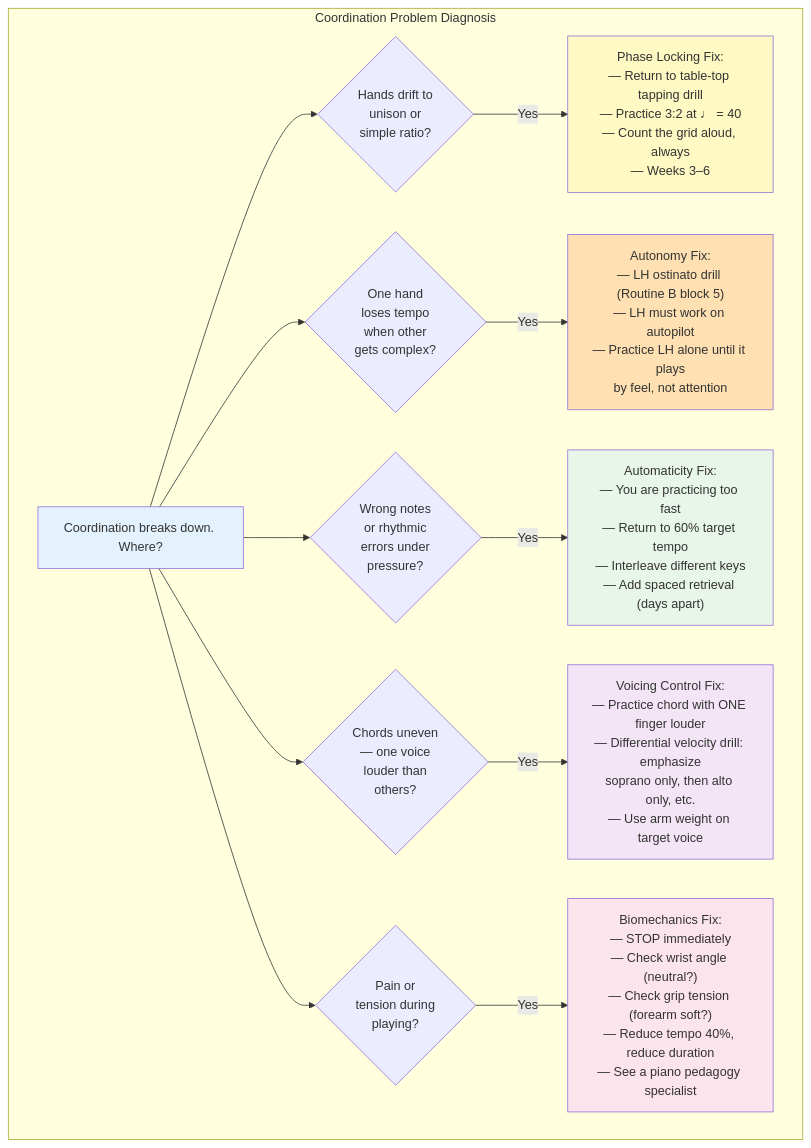
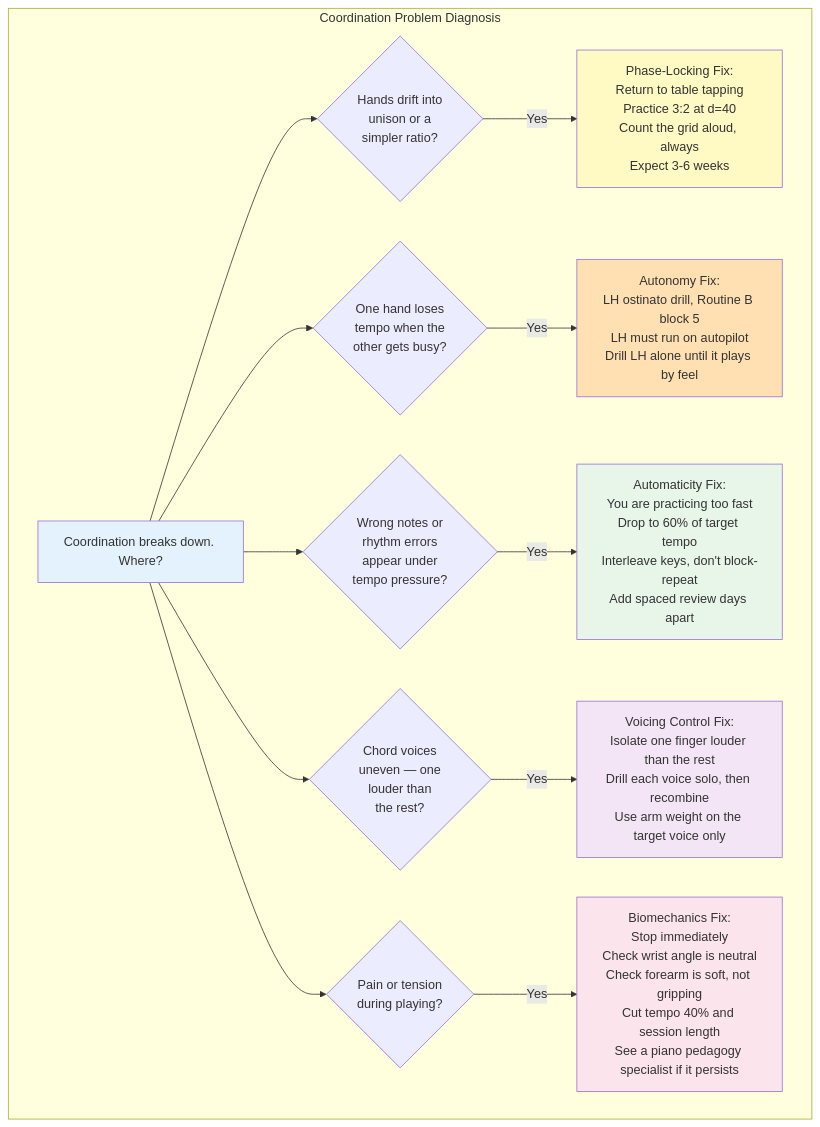
The fifth of 5 diagrams in topics/arts/music_performance/piano/lesson_04_two_handed_rhythmic_independence.md (blebleblee/synapse), drawn with Mermaid before and after one commit. The commit also changed other lines of this file and 4 other files, not shown here.

````diff
--- a/topics/arts/music_performance/piano/lesson_04_two_handed_rhythmic_independence.md
+++ b/topics/arts/music_performance/piano/lesson_04_two_handed_rhythmic_independence.md
@@ -705,37 +612,37 @@
 ```mermaid
 graph TD
     subgraph sub_diagnosis ["Coordination Problem Diagnosis"]
         START["Coordination breaks down. Where?"]
 
-        Q1{"Hands drift to<br/>unison or<br/>simple ratio?"}
-        Q2{"One hand<br/>loses tempo<br/>when other<br/>gets complex?"}
-        Q3{"Wrong notes<br/>or rhythmic<br/>errors under<br/>pressure?"}
-        Q4{"Chords uneven<br/>— one voice<br/>louder than<br/>others?"}
-        Q5{"Pain or<br/>tension during<br/>playing?"}
+        Q1{"Hands drift into<br/>unison or a<br/>simpler ratio?"}
+        Q2{"One hand loses<br/>tempo when the<br/>other gets busy?"}
+        Q3{"Wrong notes or<br/>rhythm errors<br/>appear under<br/>tempo pressure?"}
+        Q4{"Chord voices<br/>uneven — one<br/>louder than<br/>the rest?"}
+        Q5{"Pain or tension<br/>during playing?"}
 
-        FIX1["Phase Locking Fix:<br/>— Return to table-top tapping drill<br/>— Practice 3:2 at ♩ = 40<br/>— Count the grid aloud, always<br/>— Weeks 3–6"]
-        FIX2["Autonomy Fix:<br/>— LH ostinato drill (Routine B block 5)<br/>— LH must work on autopilot<br/>— Practice LH alone until it plays<br/>by feel, not attention"]
-        FIX3["Automaticity Fix:<br/>— You are practicing too fast<br/>— Return to 60% target tempo<br/>— Interleave different keys<br/>— Add spaced retrieval (days apart)"]
-        FIX4["Voicing Control Fix:<br/>— Practice chord with ONE finger louder<br/>— Differential velocity drill: emphasize<br/>soprano only, then alto only, etc.<br/>— Use arm weight on target voice"]
-        FIX5["Biomechanics Fix:<br/>— STOP immediately<br/>— Check wrist angle (neutral?)<br/>— Check grip tension (forearm soft?)<br/>— Reduce tempo 40%, reduce duration<br/>— See a piano pedagogy specialist"]
+        FIX1["Phase-Locking Fix:<br/>Return to table tapping<br/>Practice 3:2 at d=40<br/>Count the grid aloud, always<br/>Expect 3-6 weeks"]
+        FIX2["Autonomy Fix:<br/>LH ostinato drill, Routine B block 5<br/>LH must run on autopilot<br/>Drill LH alone until it plays by feel"]
+        FIX3["Automaticity Fix:<br/>You are practicing too fast<br/>Drop to 60% of target tempo<br/>Interleave keys, don't block-repeat<br/>Add spaced review days apart"]
+        FIX4["Voicing Control Fix:<br/>Isolate one finger louder than the rest<br/>Drill each voice solo, then recombine<br/>Use arm weight on the target voice only"]
+        FIX5["Biomechanics Fix:<br/>Stop immediately<br/>Check wrist angle is neutral<br/>Check forearm is soft, not gripping<br/>Cut tempo 40% and session length<br/>See a piano pedagogy specialist if it persists"]
     end
 
     START --> Q1
     START --> Q2
     START --> Q3
     START --> Q4
     START --> Q5
 
     Q1 -->|Yes| FIX1
     Q2 -->|Yes| FIX2
     Q3 -->|Yes| FIX3
     Q4 -->|Yes| FIX4
     Q5 -->|Yes| FIX5
 
     style START fill:#e3f2fd
     style FIX1 fill:#fff9c4
     style FIX2 fill:#ffe0b2
     style FIX3 fill:#e8f5e9
     style FIX4 fill:#f3e5f5
     style FIX5 fill:#fce4ec
 ```
````
